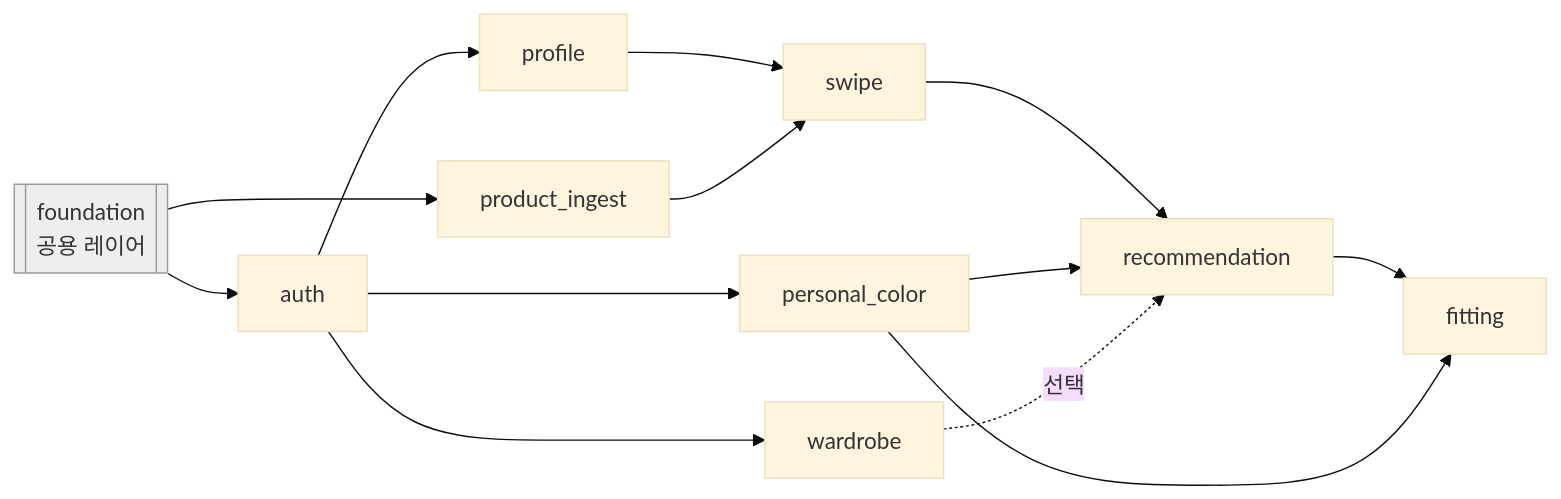
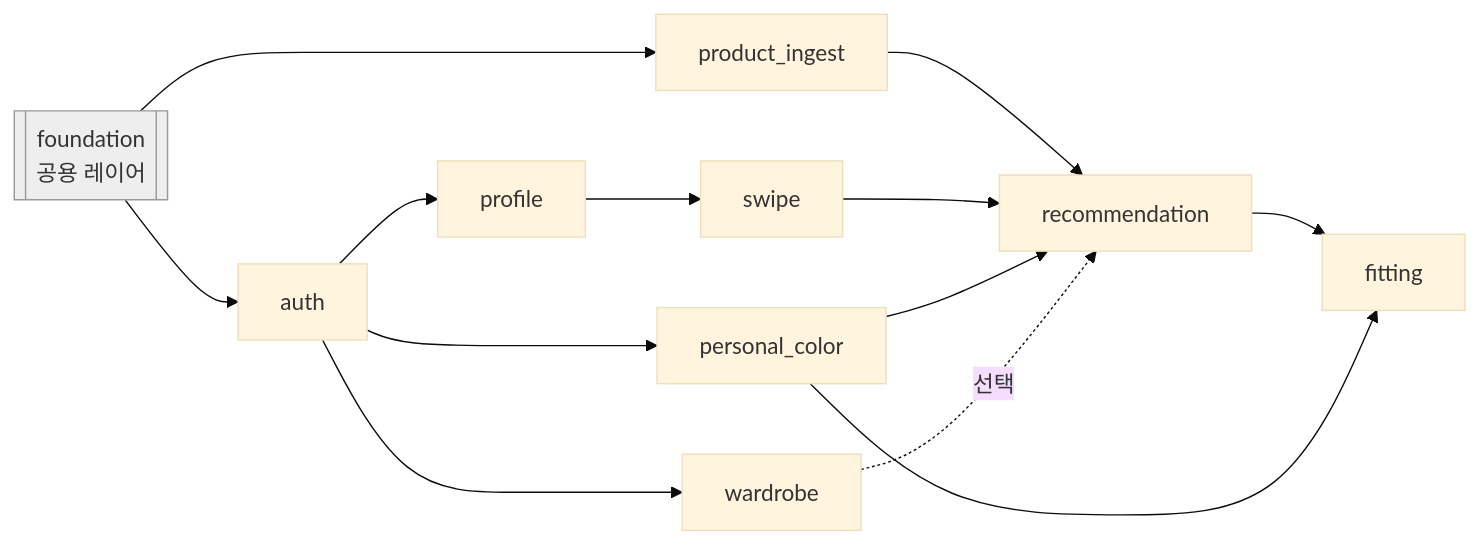
The diagram in project-all-docs/feature-graph.md (najunho04/youcam-project), drawn with Mermaid (base theme) before and after one commit. The commit also changed other lines of this file and 11 other files, not shown here.

````diff
--- a/project-all-docs/feature-graph.md
+++ b/project-all-docs/feature-graph.md
@@ -7,17 +7,17 @@
 ```mermaid
 graph LR
   foundation[[foundation<br/>공용 레이어]]:::base
   foundation --> auth
   foundation --> product_ingest
   auth --> profile
   auth --> personal_color
   auth --> wardrobe
   profile --> swipe
-  product_ingest --> swipe
+  product_ingest --> recommendation
   swipe --> recommendation
   personal_color --> recommendation
   wardrobe -.선택.-> recommendation
   recommendation --> fitting
   personal_color --> fitting
   classDef base fill:#eee,stroke:#999
 ```
````
